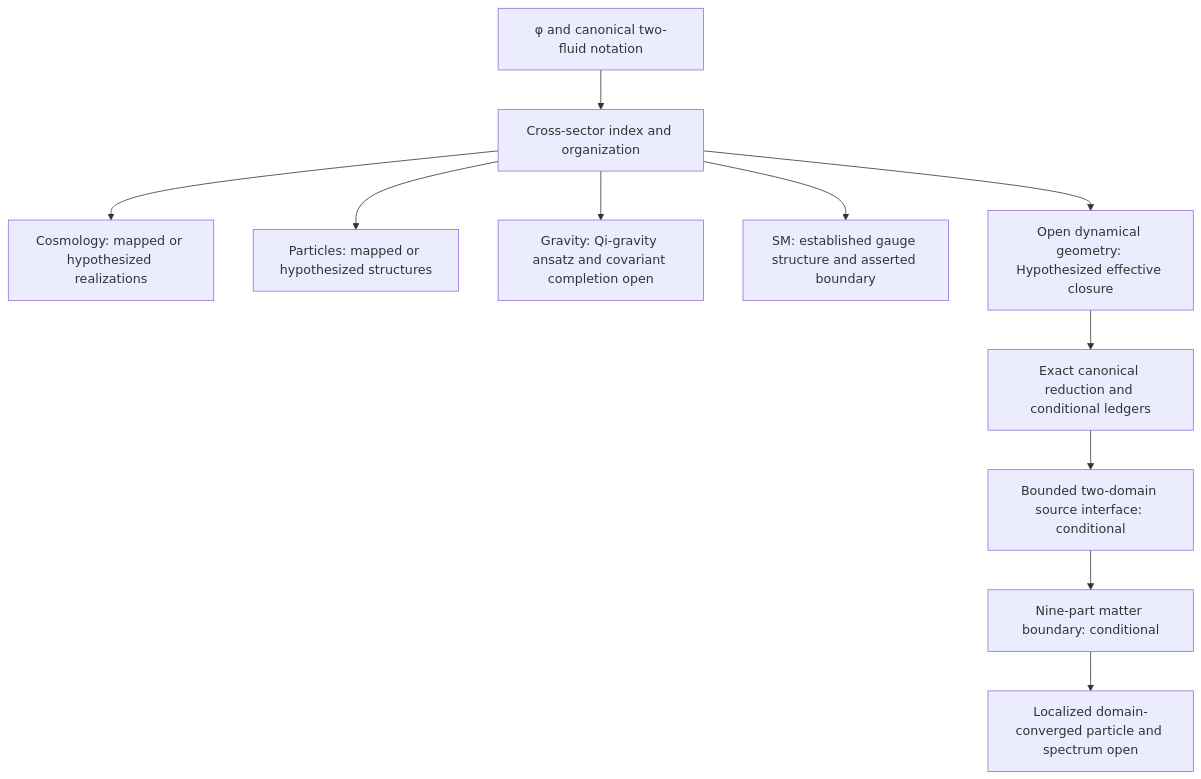
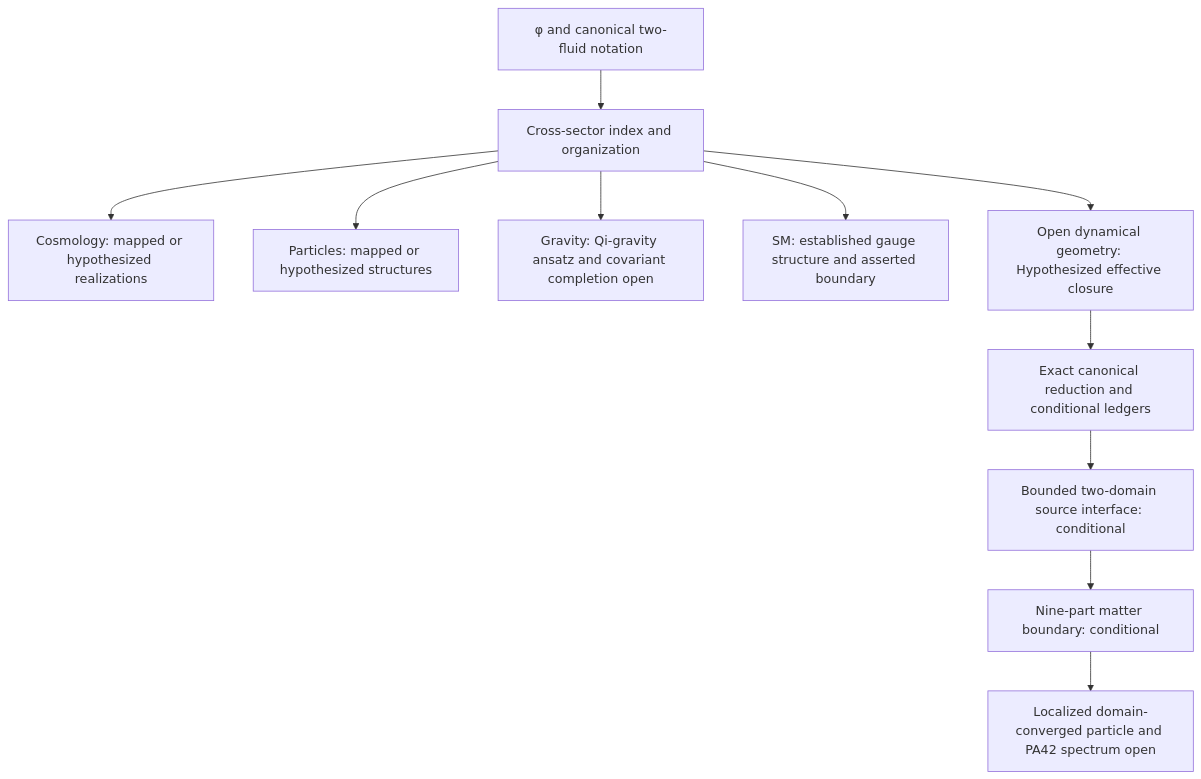
Before and after one commit to CassiTheOracle/cassi: diagram 28 of 37 in CassiTheory/open-questions-cassi-answers.md, drawn with Mermaid. The commit also changed other lines of this file and 16 other files, not shown here.

````diff
--- a/CassiTheory/open-questions-cassi-answers.md
+++ b/CassiTheory/open-questions-cassi-answers.md
@@ -1128,13 +1130,13 @@
 ```mermaid
 flowchart TD
     A[φ and canonical two-fluid notation] --> B[Cross-sector index and organization]
     B --> C[Cosmology: mapped or hypothesized realizations]
     B --> D[Particles: mapped or hypothesized structures]
     B --> E[Gravity: Qi-gravity ansatz and covariant completion open]
     B --> F[SM: established gauge structure and asserted boundary]
     B --> H[Open dynamical geometry: Hypothesized effective closure]
     H --> I[Exact canonical reduction and conditional ledgers]
     I --> J[Bounded two-domain source interface: conditional]
     J --> K[Nine-part matter boundary: conditional]
-    K --> G[Localized domain-converged particle and spectrum open]
+    K --> G[Localized domain-converged particle and PA42 spectrum open]
 ```
````
